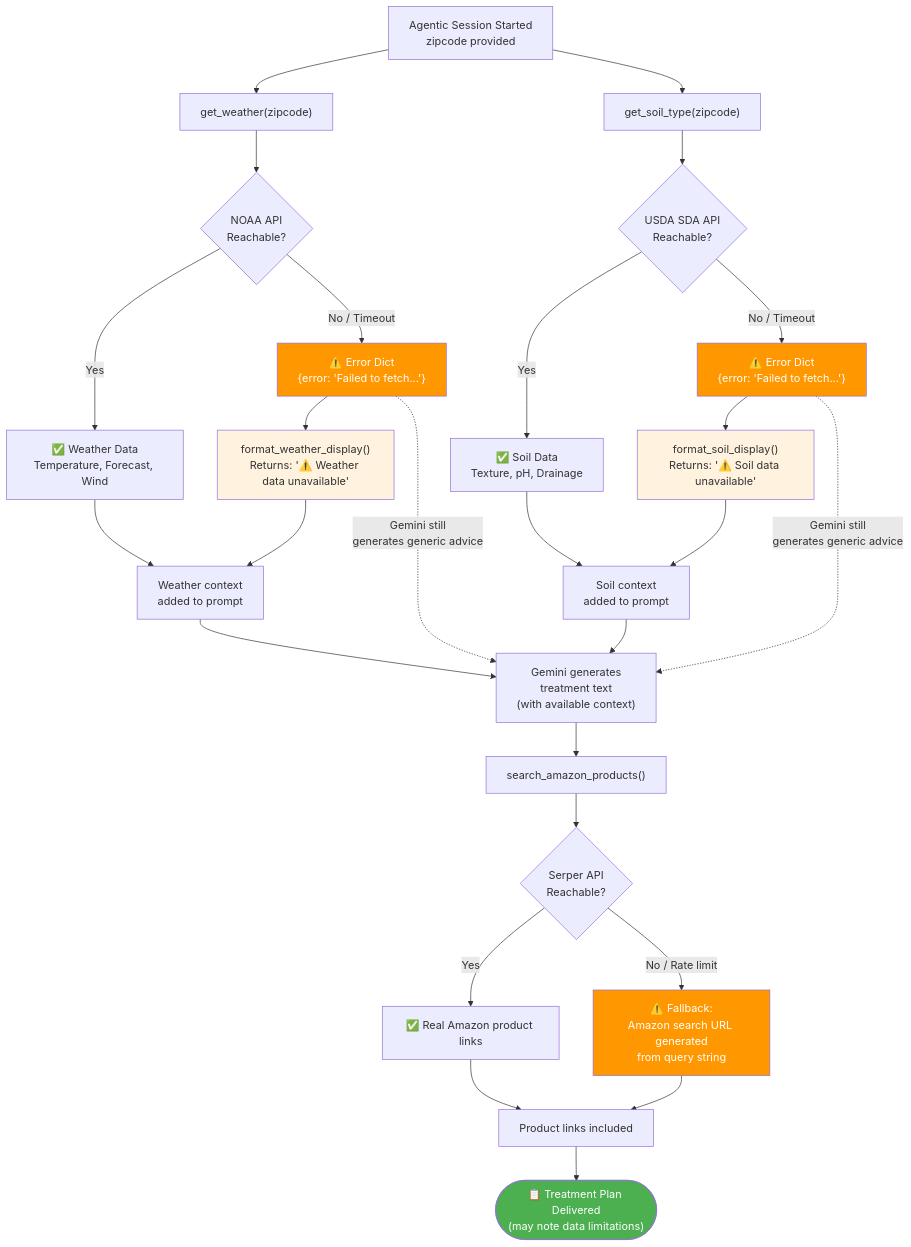
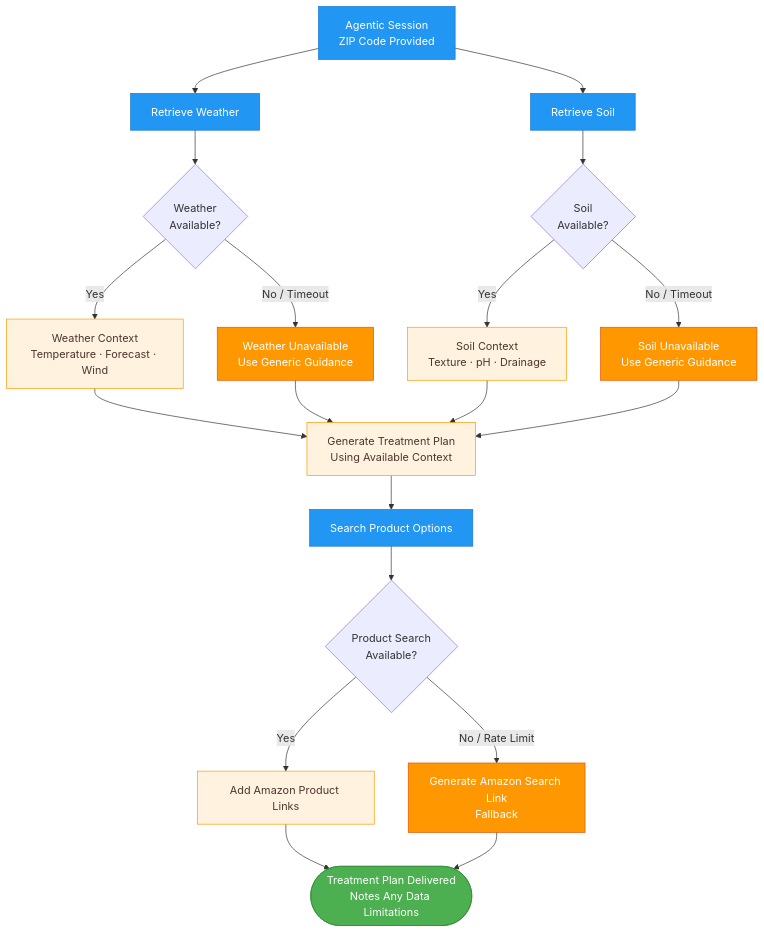
The diagram in workflow/05_graceful_degradation.md (mohitagr18/ch-9-plant-doctor), drawn with Mermaid before and after one commit.

Commit message:
Revise flowchart for graceful degradation process
Updated the flowchart in the graceful degradation document to improve clarity and detail on how the Plant Doctor handles external dependency failures.

````diff
--- a/workflow/05_graceful_degradation.md
+++ b/workflow/05_graceful_degradation.md
@@ -7,41 +7,47 @@
 ```mermaid
 flowchart TD
-    A["Agentic Session Started\nzipcode provided"] --> B["get_weather(zipcode)"]
-    A --> C["get_soil_type(zipcode)"]
+    A["Agentic Session<br/>ZIP Code Provided"]
 
-    B --> B1{"NOAA API\nReachable?"}
-    B1 -- Yes --> B2["✅ Weather Data\nTemperature, Forecast, Wind"]
-    B1 -- No / Timeout --> B3["⚠️ Error Dict\n{error: 'Failed to fetch...'}"]
-    B3 --> B4["format_weather_display()\nReturns: '⚠️ Weather data unavailable'"]
-    B2 --> B5["Weather context\nadded to prompt"]
-    B4 --> B5
+    B["Retrieve Weather"]
+    C["Retrieve Soil"]
+    D{"Weather<br/>Available?"}
+    E{"Soil<br/>Available?"}
+    F["Weather Context<br/>Temperature · Forecast · Wind"]
+    G["Soil Context<br/>Texture · pH · Drainage"]
+    H["Weather Unavailable<br/>Use Generic Guidance"]
+    I["Soil Unavailable<br/>Use Generic Guidance"]
 
-    C --> C1{"USDA SDA API\nReachable?"}
-    C1 -- Yes --> C2["✅ Soil Data\nTexture, pH, Drainage"]
-    C1 -- No / Timeout --> C3["⚠️ Error Dict\n{error: 'Failed to fetch...'}"]
-    C3 --> C4["format_soil_display()\nReturns: '⚠️ Soil data unavailable'"]
-    C2 --> C5["Soil context\nadded to prompt"]
-    C4 --> C5
+    J["Generate Treatment Plan<br/>Using Available Context"]
 
-    B5 --> D["Gemini generates\ntreatment text\n(with available context)"]
-    C5 --> D
+    K["Search Product Options"]
+    L{"Product Search<br/>Available?"}
+    M["Add Amazon Product Links"]
+    N["Generate Amazon Search Link<br/>Fallback"]
 
-    D --> E["search_amazon_products()"]
-    E --> E1{"Serper API\nReachable?"}
-    E1 -- Yes --> E2["✅ Real Amazon product links"]
-    E1 -- No / Rate limit --> E3["⚠️ Fallback:\nAmazon search URL generated\nfrom query string"]
-    E2 --> F["Product links included"]
-    E3 --> F
+    O(["Treatment Plan Delivered<br/>Notes Any Data Limitations"])
 
-    F --> G(["📋 Treatment Plan Delivered\n(may note data limitations)"])
+    A --> B
+    A --> C
 
-    B3 -.->|"Gemini still\ngenerates generic advice"| D
-    C3 -.->|"Gemini still\ngenerates generic advice"| D
+    B --> D
+    D -- Yes --> F --> J
+    D -- No / Timeout --> H --> J
 
-    style B3 fill:#FF9800,color:#fff
-    style C3 fill:#FF9800,color:#fff
-    style E3 fill:#FF9800,color:#fff
-    style B4 fill:#FFF3E0
-    style C4 fill:#FFF3E0
-    style G fill:#4CAF50,color:#fff
+    C --> E
+    E -- Yes --> G --> J
+    E -- No / Timeout --> I --> J
+
+    J --> K --> L
+    L -- Yes --> M --> O
+    L -- "No / Rate Limit" --> N --> O
+
+    classDef source fill:#2196F3,color:#fff,stroke:#1976D2
+    classDef context fill:#FFF3E0,color:#4E342E,stroke:#FF9800
+    classDef fallback fill:#FF9800,color:#fff,stroke:#E65100
+    classDef output fill:#4CAF50,color:#fff,stroke:#388E3C
+
+    class A,B,C,K source
+    class F,G,J,M context
+    class H,I,N fallback
+    class O output
 ```
````
